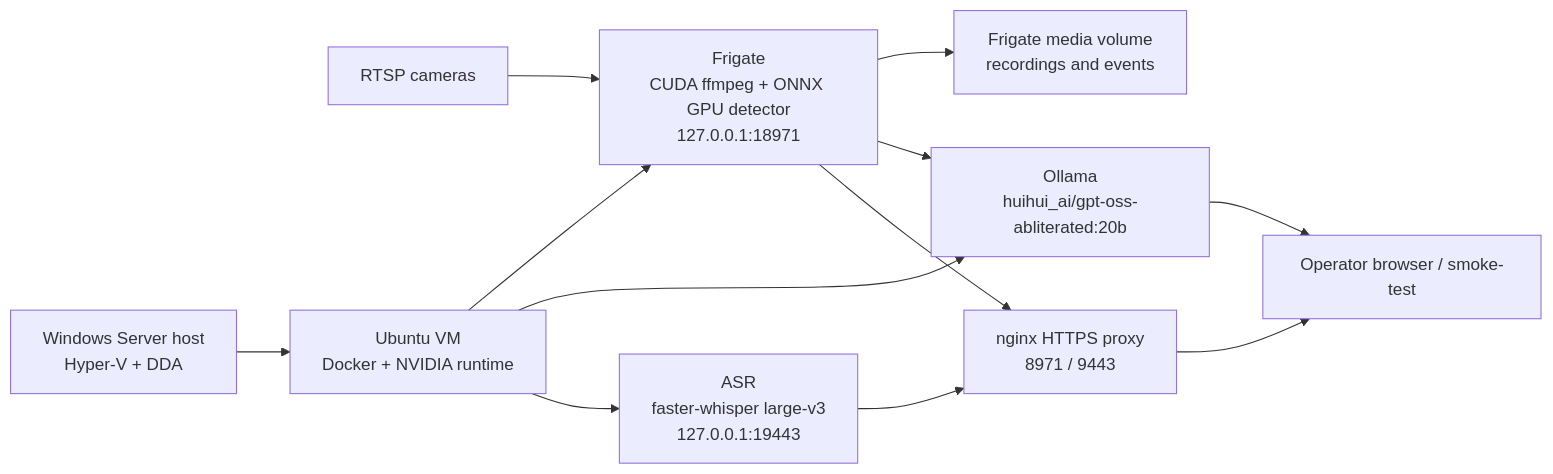
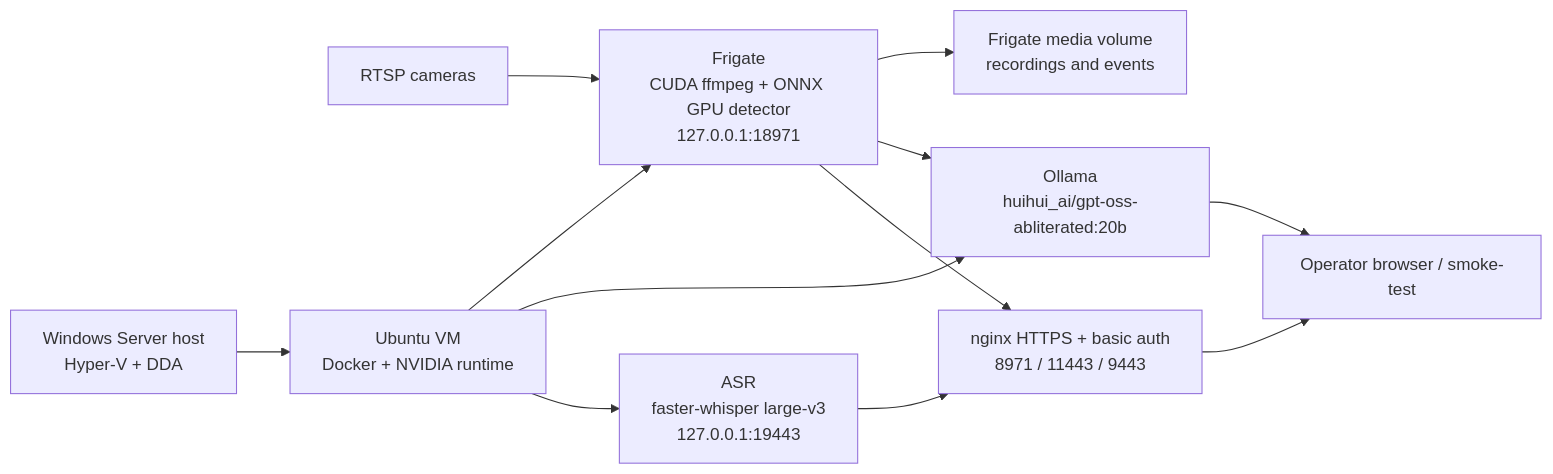
The diagram in docs/architecture.md (krotname/HomeFrigateOllamaIaC), drawn with Mermaid before and after one commit. The commit also changed other lines of this file and 44 other files, not shown here.

````diff
--- a/docs/architecture.md
+++ b/docs/architecture.md
@@ -22,24 +22,24 @@
 ```mermaid
 flowchart LR
     Cameras["RTSP cameras"]
     Host["Windows Server host\nHyper-V + DDA"]
     VM["Ubuntu VM\nDocker + NVIDIA runtime"]
     Frigate["Frigate\nCUDA ffmpeg + ONNX GPU detector\n127.0.0.1:18971"]
     Media["Frigate media volume\nrecordings and events"]
     Ollama["Ollama\nhuihui_ai/gpt-oss-abliterated:20b"]
     ASR["ASR\nfaster-whisper large-v3\n127.0.0.1:19443"]
-    Nginx["nginx HTTPS proxy\n8971 / 9443"]
+    Nginx["nginx HTTPS + basic auth\n8971 / 11443 / 9443"]
     Operator["Operator browser / smoke-test"]
 
     Cameras --> Frigate
     Host --> VM
     VM --> Frigate
     VM --> Ollama
     VM --> ASR
     Frigate --> Media
     Frigate --> Ollama
     Frigate --> Nginx
     ASR --> Nginx
     Ollama --> Operator
     Nginx --> Operator
 ```
````
